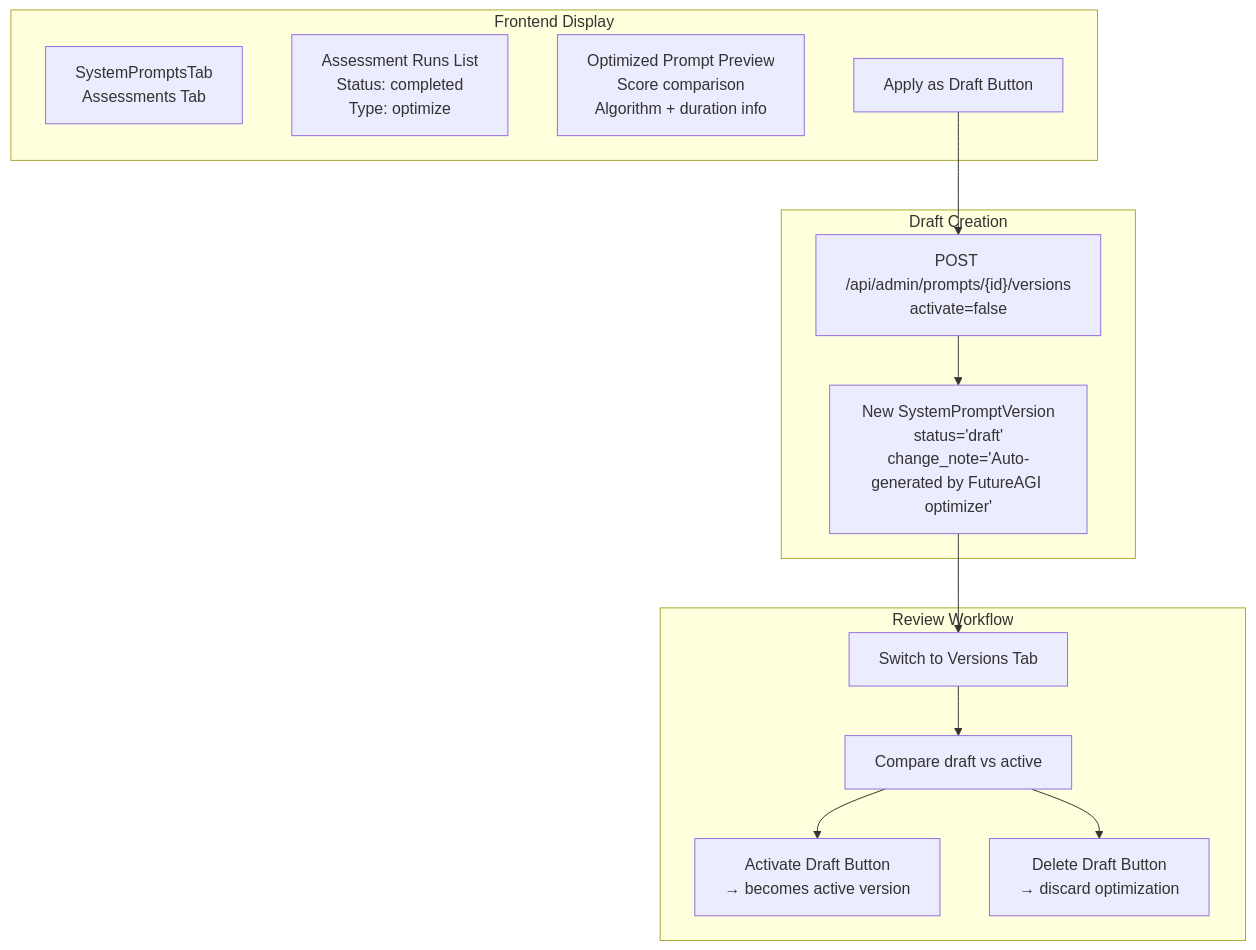
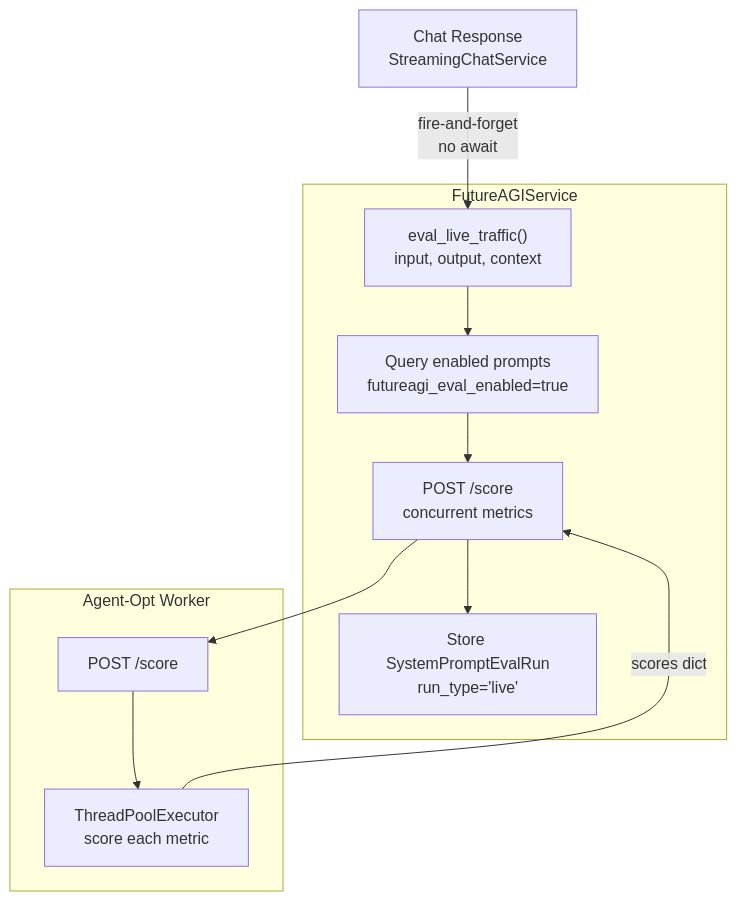
One commit to AutomatosAI/automatos-ai changed the fourth of 4 diagrams in docs/prompt-optimization/prompt-optimization.md. Above: the diagram before and after it, drawn with Mermaid. The commit also changed other lines of this file and 149 other files, not shown here.

Commit message:
docs: refresh documentation with graphify semantic scan

````diff
--- a/docs/prompt-optimization/prompt-optimization.md
+++ b/docs/prompt-optimization/prompt-optimization.md
@@ -394,21 +194,25 @@
 ```mermaid
 graph TB
-    subgraph "Frontend Display"
-        AssessmentTab[SystemPromptsTab<br/>Assessments Tab]
-        RunsList["Assessment Runs List<br/>Status: completed<br/>Type: optimize"]
-        OptimizedPreview["Optimized Prompt Preview<br/>Score comparison<br/>Algorithm + duration info"]
-        ApplyButton["Apply as Draft Button"]
+    ChatResponse["Chat Response<br/>StreamingChatService"]
+    
+    ChatResponse -->|"fire-and-forget<br/>no await"| eval_live_traffic
+    
+    subgraph "FutureAGIService"
+        eval_live_traffic["eval_live_traffic()<br/>input, output, context"]
+        QueryDB["Query enabled prompts<br/>futureagi_eval_enabled=true"]
+        CallWorker["POST /score<br/>concurrent metrics"]
+        StoreRuns["Store SystemPromptEvalRun<br/>run_type='live'"]
     end
     
-    subgraph "Draft Creation"
-        ApplyButton --> CreateVersion["POST /api/admin/prompts/{id}/versions<br/>activate=false"]
-        CreateVersion --> NewVersion["New SystemPromptVersion<br/>status='draft'<br/>change_note='Auto-generated by FutureAGI optimizer'"]
+    subgraph "Agent-Opt Worker"
+        ScoreEndpoint["POST /score"]
+        ConcurrentScore["ThreadPoolExecutor<br/>score each metric"]
     end
     
-    subgraph "Review Workflow"
-        NewVersion --> VersionsTab[Switch to Versions Tab]
-        VersionsTab --> Compare["Compare draft vs active"]
-        Compare --> Activate["Activate Draft Button<br/>→ becomes active version"]
-        Compare --> Delete["Delete Draft Button<br/>→ discard optimization"]
-    end
+    eval_live_traffic --> QueryDB
+    QueryDB --> CallWorker
+    CallWorker --> ScoreEndpoint
+    ScoreEndpoint --> ConcurrentScore
+    ConcurrentScore -->|"scores dict"| CallWorker
+    CallWorker --> StoreRuns
 ```
````
